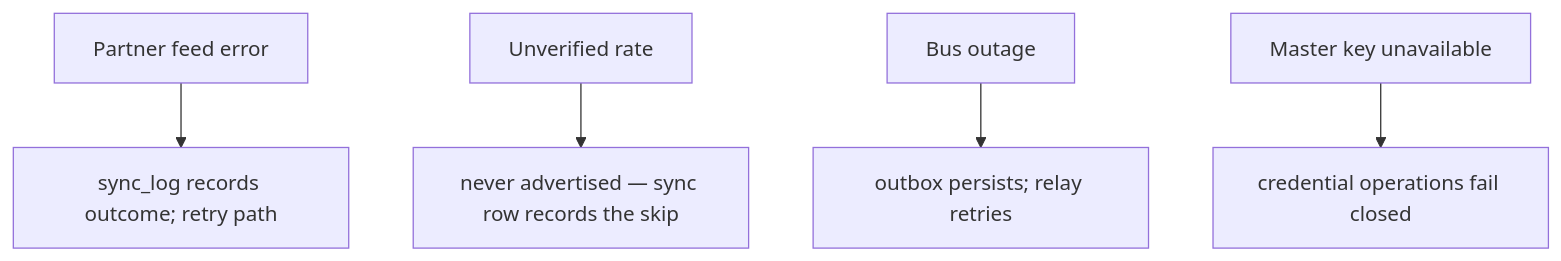
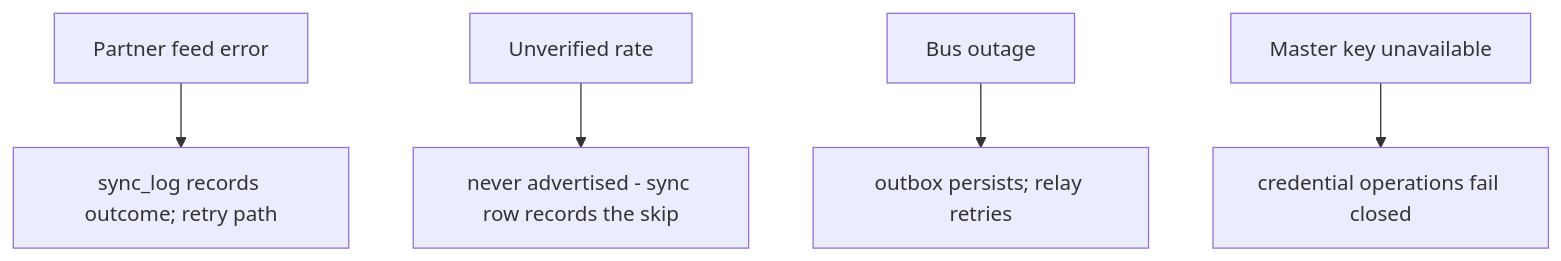
Before and after one commit to Hotel8/hotel8-site: the eighth of 10 diagrams in docs/products/meta/design.md, drawn with Mermaid. The commit also changed other lines of this file and 61 other files, not shown here.

````diff
--- a/docs/products/meta/design.md
+++ b/docs/products/meta/design.md
@@ -168,7 +168,7 @@
 ```mermaid
 flowchart TD
     A[Partner feed error] --> B[sync_log records outcome; retry path]
-    C[Unverified rate] --> D[never advertised — sync row records the skip]
+    C[Unverified rate] --> D[never advertised - sync row records the skip]
     E[Bus outage] --> F[outbox persists; relay retries]
     G[Master key unavailable] --> H[credential operations fail closed]
 ```
````
